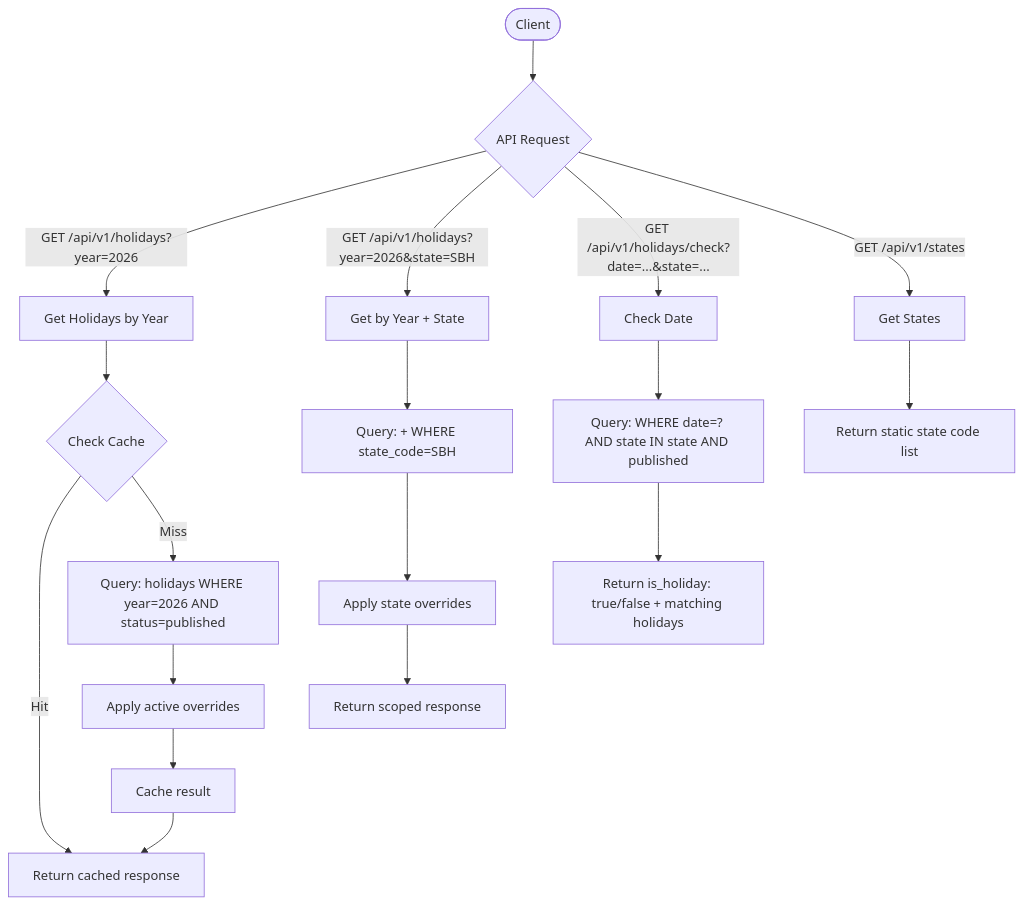
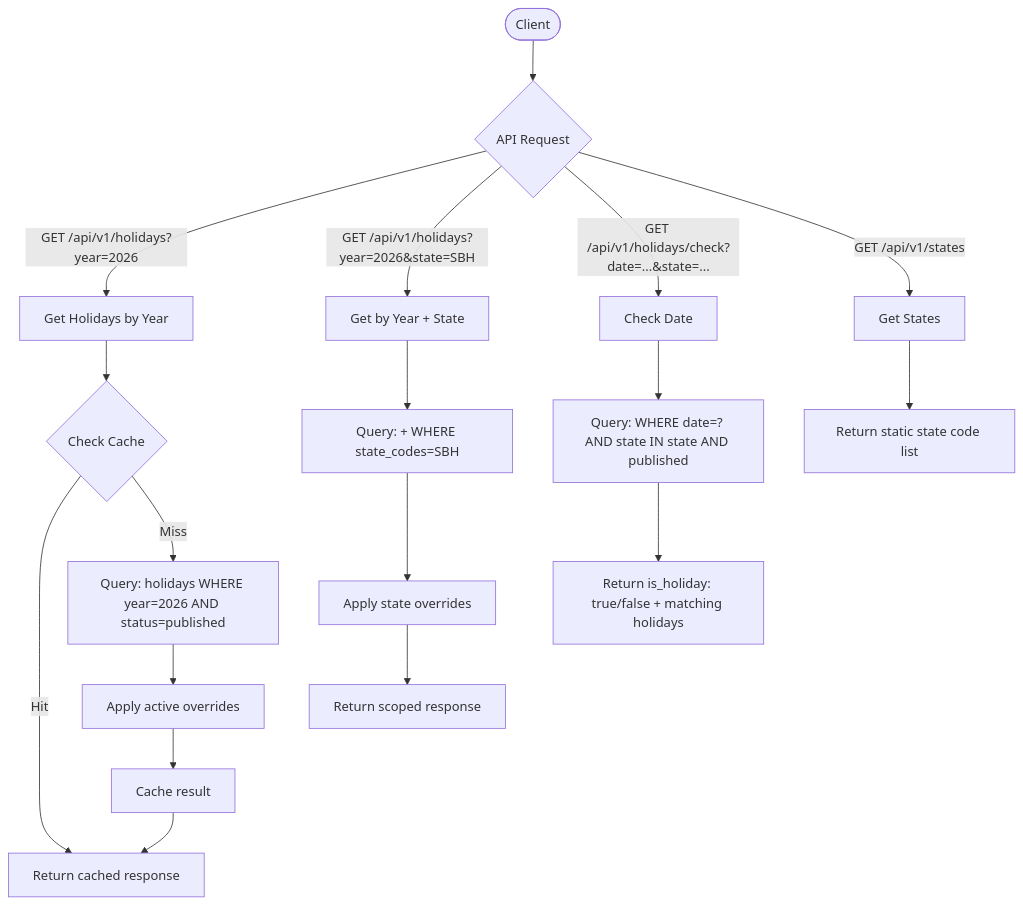
One commit to DyDxdYdX/malaysia-holiday-api changed the sixth of 6 diagrams in docs/03-use-case-diagrams.md. Above: the diagram before and after it, drawn with Mermaid. The commit also changed 31 other files, not shown here.

````diff
--- a/docs/03-use-case-diagrams.md
+++ b/docs/03-use-case-diagrams.md
@@ -221,24 +221,24 @@
 ```mermaid
 flowchart TD
     C([Client]) --> CHOICE{API Request}
 
     CHOICE -->|GET /api/v1/holidays?year=2026| UC16[Get Holidays by Year]
     UC16 --> F1{Check Cache}
     F1 -->|Hit| R1[Return cached response]
     F1 -->|Miss| Q1[Query: holidays WHERE year=2026 AND status=published]
     Q1 --> AO1[Apply active overrides]
     AO1 --> CACHE1[Cache result]
     CACHE1 --> R1
 
     CHOICE -->|GET /api/v1/holidays?year=2026&state=SBH| UC17[Get by Year + State]
-    UC17 --> Q2[Query: + WHERE state_code=SBH]
+    UC17 --> Q2[Query: + WHERE state_codes=SBH]
     Q2 --> AO2[Apply state overrides]
     AO2 --> R2[Return scoped response]
 
     CHOICE -->|GET /api/v1/holidays/check?date=...&state=...| UC18[Check Date]
     UC18 --> Q3[Query: WHERE date=? AND state IN state AND published]
     Q3 --> R3[Return is_holiday: true/false + matching holidays]
 
     CHOICE -->|GET /api/v1/states| UC19[Get States]
     UC19 --> R4[Return static state code list]
 ```
````
